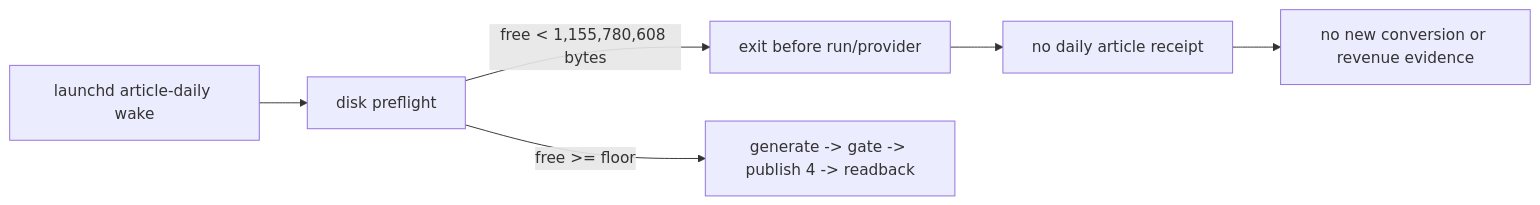
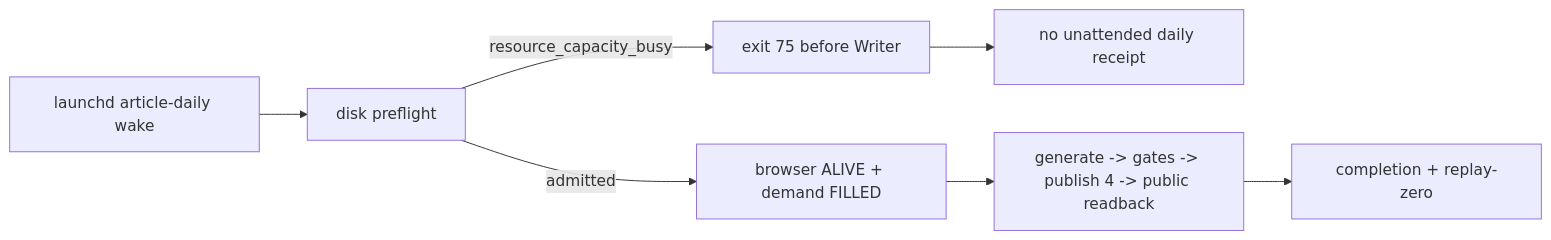
The first of 3 diagrams in docs/writer-agent/WRITER-AGENT-SSOT.md (Daisuke134/life-manager), drawn with Mermaid before and after one commit. The commit also changed other lines of this file, not shown here.

Commit message:
docs(writer): refresh live status and bottleneck

````diff
--- a/docs/writer-agent/WRITER-AGENT-SSOT.md
+++ b/docs/writer-agent/WRITER-AGENT-SSOT.md
@@ -93,8 +104,9 @@
 ```mermaid
 flowchart LR
   A[launchd article-daily wake] --> B[disk preflight]
-  B -->|free < 1,155,780,608 bytes| C[exit before run/provider]
-  C --> D[no daily article receipt]
-  D --> E[no new conversion or revenue evidence]
-  B -->|free >= floor| F[generate -> gate -> publish 4 -> readback]
+  B -->|resource_capacity_busy| C[exit 75 before Writer]
+  C --> D[no unattended daily receipt]
+  B -->|admitted| E[browser ALIVE + demand FILLED]
+  E --> F[generate -> gates -> publish 4 -> public readback]
+  F --> G[completion + replay-zero]
 ```
````
